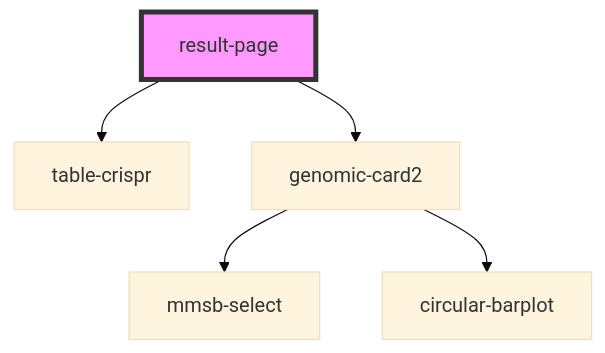
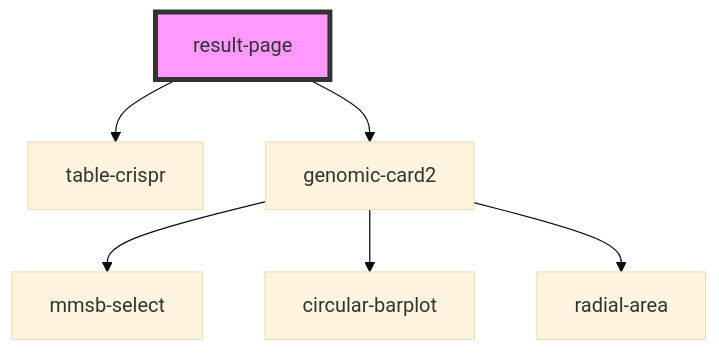
The diagram in src/components/result-page/readme.md (MMSB-MOBI/result_page_crispr), drawn with Mermaid (base theme) before and after one commit. The commit also changed 5 other files, not shown here.

Commit message:
try radial area

````diff
--- a/src/components/result-page/readme.md
+++ b/src/components/result-page/readme.md
@@ -27,8 +27,9 @@
 ```mermaid
 graph TD;
   result-page --> table-crispr
   result-page --> genomic-card2
   genomic-card2 --> mmsb-select
   genomic-card2 --> circular-barplot
+  genomic-card2 --> radial-area
   style result-page fill:#f9f,stroke:#333,stroke-width:4px
 ```
````
